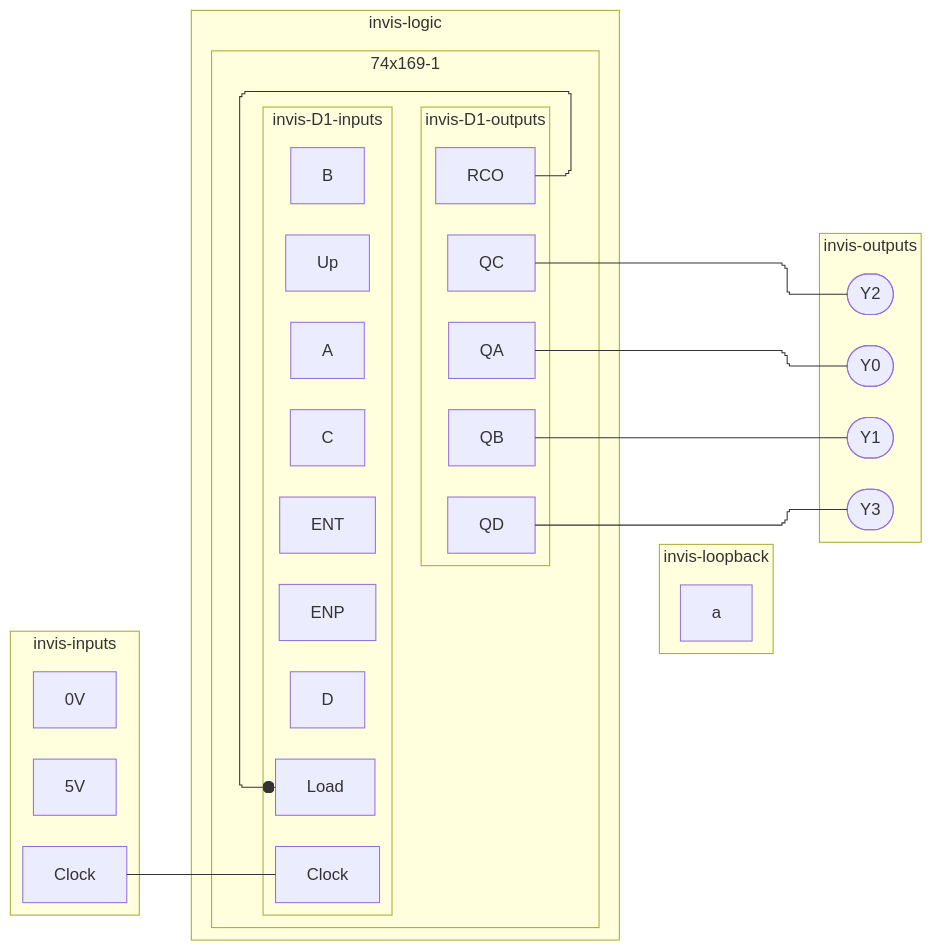
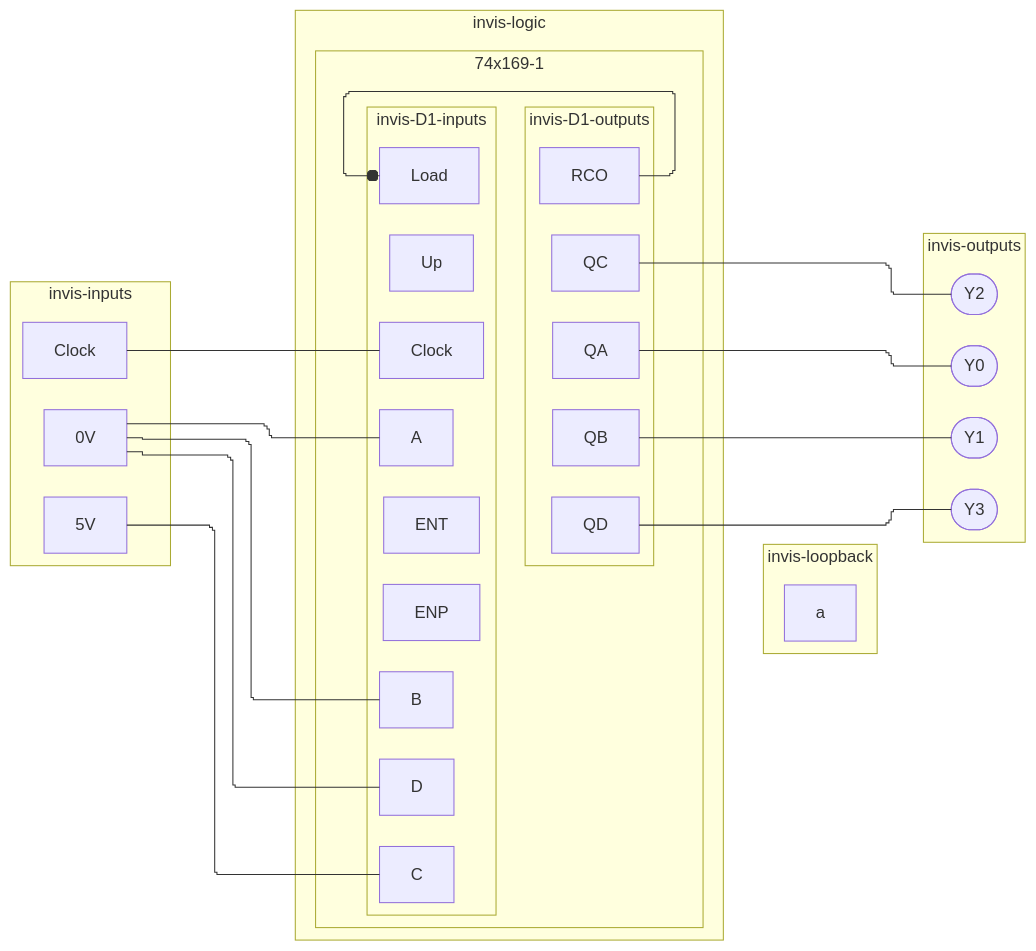
One commit to tnichols217/notes changed the eighth of 8 diagrams in CSDS 281 - Logic Design/HW/8/Tables.md. Above: the diagram before and after it, drawn with Mermaid.

Commit message:
vault backup: 2024-04-05 07:45:16

````diff
--- a/CSDS 281 - Logic Design/HW/8/Tables.md
+++ b/CSDS 281 - Logic Design/HW/8/Tables.md
@@ -409,44 +409,46 @@
 ```mermaid
 %%{ init: { 'flowchart': { 'curve': 'stepBefore', "defaultRenderer": "elk" } } }%%
 flowchart LR
 subgraph invis-inputs
 	Clock
 	5V
 	0V
 end
 subgraph invis-logic
 	subgraph 74x169-1
 		subgraph invis-D1-inputs
 			D1c[Clock]
 			D1UP[Up]
 			D1LD[Load]
 			D1ENP[ENP]
 			D1ENT[ENT]
 			D1A[A]
 			D1B[B]
 			D1C[C]
 			D1D[D]
 		end
 		Clock --- D1c
 		subgraph invis-D1-outputs
 			Q1A[QA]
 			Q1B[QB]
 			Q1C[QC]
 			Q1D[QD]
 			Q1RCO[RCO]
 		end
 		invis-D1-inputs ~~~ invis-D1-outputs
 	end
+	5V --- D1C
+	0V --- D1A & D1B & D1D
 	Q1RCO ---o D1LD
 end
 subgraph invis-loopback
 	a
 end
 subgraph invis-outputs
 		Q1A --- Y0([Y0])
 		Q1B --- Y1([Y1])
 		Q1C --- Y2([Y2])
 		Q1D --- Y3([Y3])
 end
 invis-inputs ~~~ invis-logic ~~~ invis-loopback ~~~ invis-outputs
 ```
````
